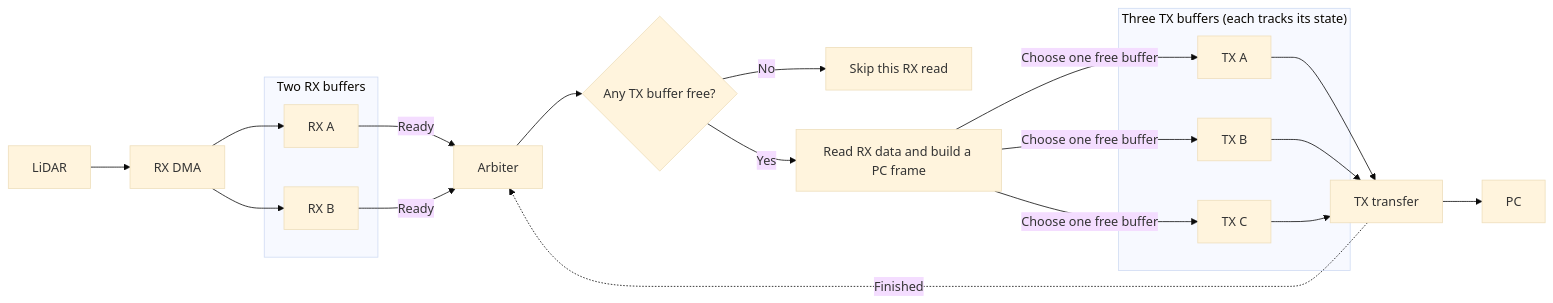
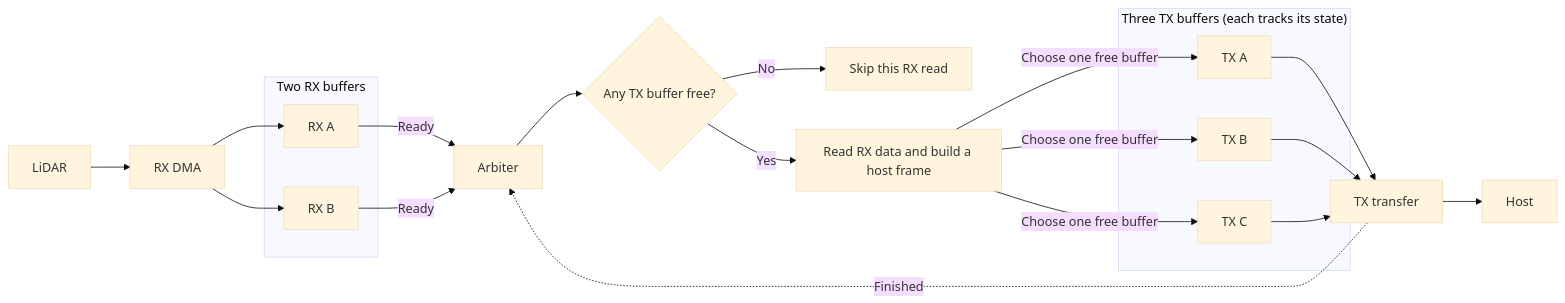
Before and after one commit to kei185/sensor-echo: the diagram in docs/protocol.md, drawn with Mermaid (base theme). The commit also changed other lines of this file and 6 other files, not shown here.

````diff
--- a/docs/protocol.md
+++ b/docs/protocol.md
@@ -20,28 +20,28 @@
 ```mermaid
 flowchart LR
     lidar[LiDAR] --> rx_dma[RX DMA]
     subgraph rx_buffers[Two RX buffers]
         rx_a[RX A]
         rx_b[RX B]
     end
     rx_dma --> rx_a
     rx_dma --> rx_b
     rx_a -->|Ready| arbiter[Arbiter]
     rx_b -->|Ready| arbiter
     arbiter --> free{Any TX buffer free?}
     free -->|No| skip[Skip this RX read]
-    free -->|Yes| build[Read RX data and build a PC frame]
+    free -->|Yes| build[Read RX data and build a host frame]
     subgraph tx_buffers["Three TX buffers (each tracks its state)"]
         tx_a[TX A]
         tx_b[TX B]
         tx_c[TX C]
     end
     build -->|Choose one free buffer| tx_a
     build -->|Choose one free buffer| tx_b
     build -->|Choose one free buffer| tx_c
     tx_a --> tx_transfer[TX transfer]
     tx_b --> tx_transfer
     tx_c --> tx_transfer
-    tx_transfer --> pc[PC]
+    tx_transfer --> host[Host]
     tx_transfer -. Finished .-> arbiter
 ```
````
